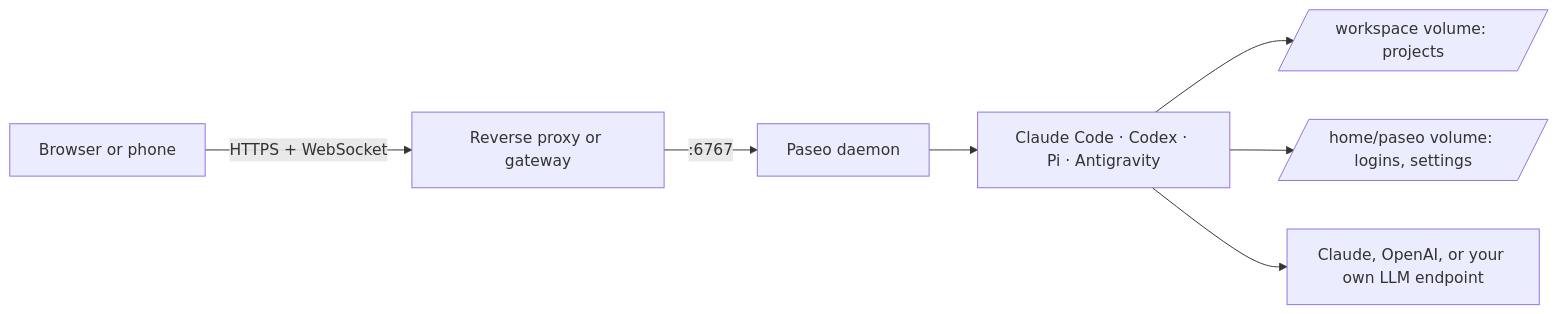
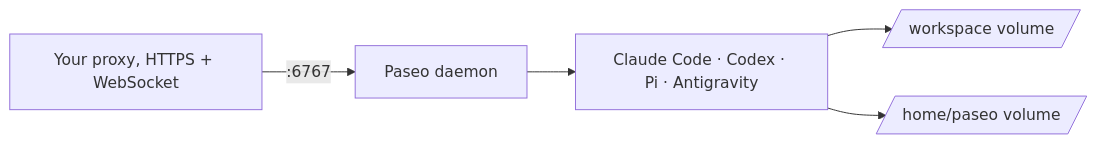
The diagram in images/paseo-dev/README.md (mitchross/homelab-images), drawn with Mermaid before and after one commit. The commit also changed other lines of this file and 11 other files, not shown here.

````diff
--- a/images/paseo-dev/README.md
+++ b/images/paseo-dev/README.md
@@ -7,9 +12,7 @@
 ```mermaid
 flowchart LR
-    Browser[Browser or phone] -->|HTTPS + WebSocket| Proxy[Reverse proxy or gateway]
-    Proxy -->|:6767| Paseo[Paseo daemon]
+    Proxy[Your proxy, HTTPS + WebSocket] -->|:6767| Paseo[Paseo daemon]
     Paseo --> Agents[Claude Code · Codex · Pi · Antigravity]
-    Agents --> Workspace[/workspace volume: projects/]
-    Agents --> Home[/home/paseo volume: logins, settings/]
-    Agents --> Models[Claude, OpenAI, or your own LLM endpoint]
+    Agents --> Workspace[/workspace volume/]
+    Agents --> Home[/home/paseo volume/]
 ```
````
